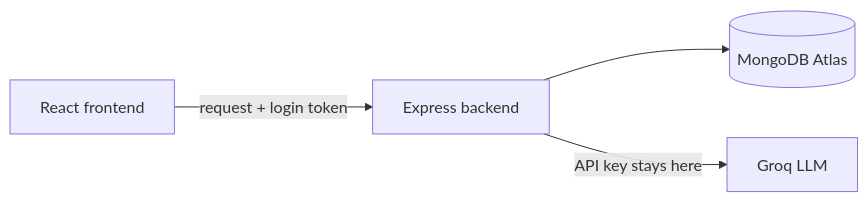
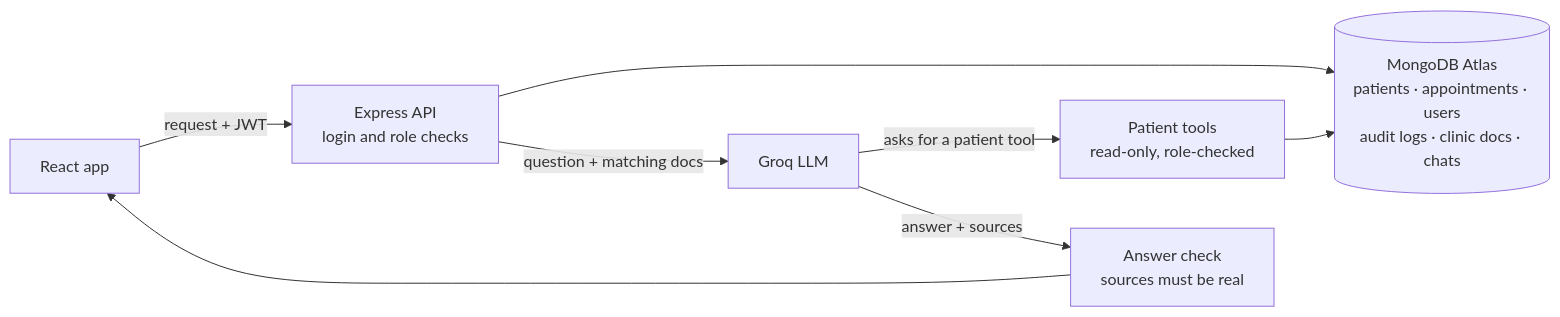
One commit to Jag2007/Patient_Management changed the second of 2 diagrams in README.md. Above: the diagram before and after it, drawn with Mermaid. The commit also changed other lines of this file, not shown here.

Commit message:
docs: shorter readme with feature and architecture flowcharts

````diff
--- a/README.md
+++ b/README.md
@@ -202,6 +42,10 @@
 ```mermaid
 flowchart LR
-    UI["React frontend"] -->|"request + login token"| API["Express backend"]
-    API --> DB[("MongoDB Atlas")]
-    API -->|"API key stays here"| AI["Groq LLM"]
+    UI["React app"] -->|"request + JWT"| API["Express API<br/>login and role checks"]
+    API --> DB[("MongoDB Atlas<br/>patients · appointments · users<br/>audit logs · clinic docs · chats")]
+    API -->|"question + matching docs"| LLM["Groq LLM"]
+    LLM -->|"asks for a patient tool"| Tools["Patient tools<br/>read-only, role-checked"]
+    Tools --> DB
+    LLM -->|"answer + sources"| Check["Answer check<br/>sources must be real"]
+    Check --> UI
 ```
````
